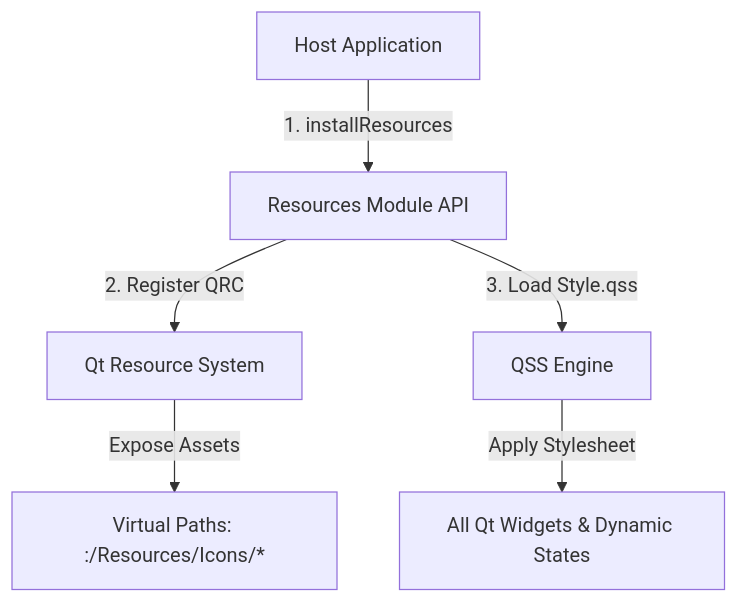
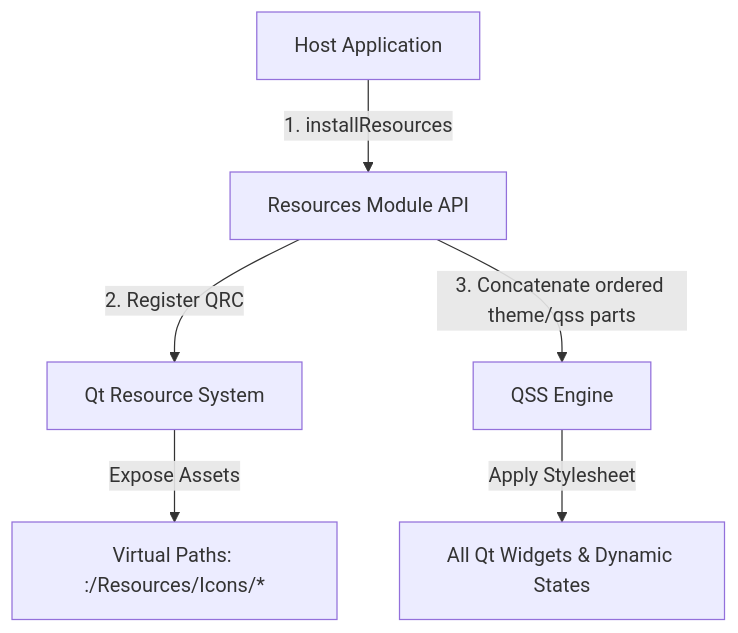
Before and after one commit to Minu-Park/Resources: the diagram in README.md, drawn with Mermaid. The commit also changed other lines of this file and 32 other files, not shown here.

````diff
--- a/README.md
+++ b/README.md
@@ -26,8 +27,8 @@
 ```mermaid
 graph TD
     HostApp[Host Application] -->|1. installResources| ResAPI[Resources Module API]
     ResAPI -->|2. Register QRC| QtEngine[Qt Resource System]
-    ResAPI -->|3. Load Style.qss| QSS[QSS Engine]
+    ResAPI -->|3. Concatenate ordered theme/qss parts| QSS[QSS Engine]
     QtEngine -->|Expose Assets| Path[Virtual Paths: :/Resources/Icons/*]
     QSS -->|Apply Stylesheet| Widget[All Qt Widgets & Dynamic States]
 ```
````
